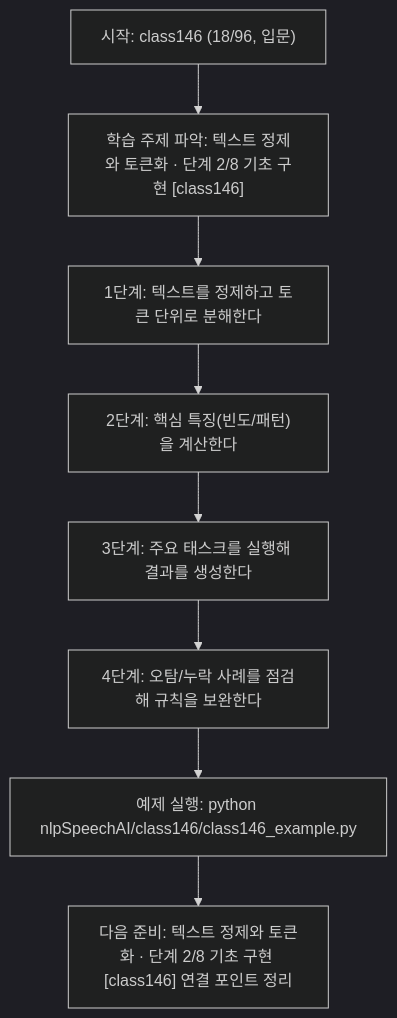
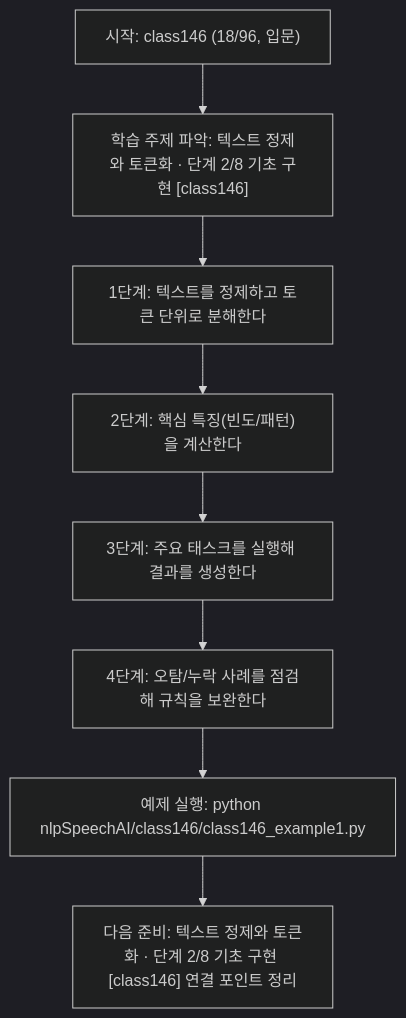
Before and after one commit to edumgt/Python-AI_Agent-Class: the diagram in nlpSpeechAI/class146/class146.md, drawn with Mermaid (dark theme). The commit also changed other lines of this file and 2959 other files, not shown here.

````diff
--- a/nlpSpeechAI/class146/class146.md
+++ b/nlpSpeechAI/class146/class146.md
@@ -114,18 +114,18 @@
 ```mermaid
 flowchart TD
 N1["시작: class146 (18/96, 입문)"]
 N2["학습 주제 파악: 텍스트 정제와 토큰화 · 단계 2/8 기초 구현 [class146]"]
 N3["1단계: 텍스트를 정제하고 토큰 단위로 분해한다"]
 N4["2단계: 핵심 특징(빈도/패턴)을 계산한다"]
 N5["3단계: 주요 태스크를 실행해 결과를 생성한다"]
 N6["4단계: 오탐/누락 사례를 점검해 규칙을 보완한다"]
-N7["예제 실행: python nlpSpeechAI/class146/class146_example.py"]
+N7["예제 실행: python nlpSpeechAI/class146/class146_example1.py"]
 N8["다음 준비: 텍스트 정제와 토큰화 · 단계 2/8 기초 구현 [class146] 연결 포인트 정리"]
 N1 --> N2
 N2 --> N3
 N3 --> N4
 N4 --> N5
 N5 --> N6
 N6 --> N7
 N7 --> N8
 ```
````
